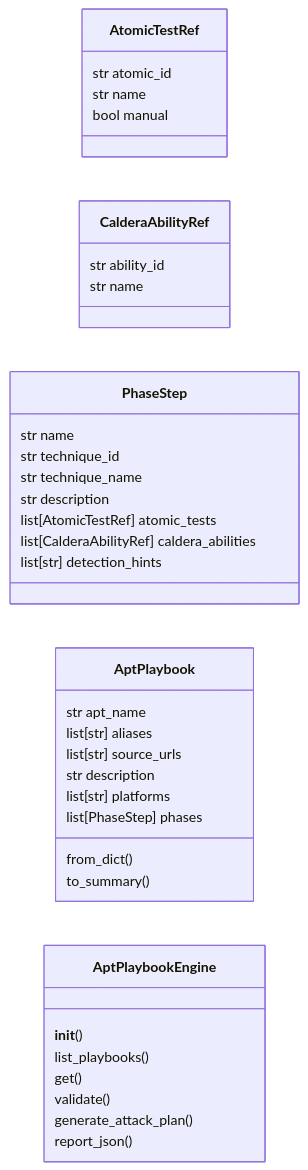
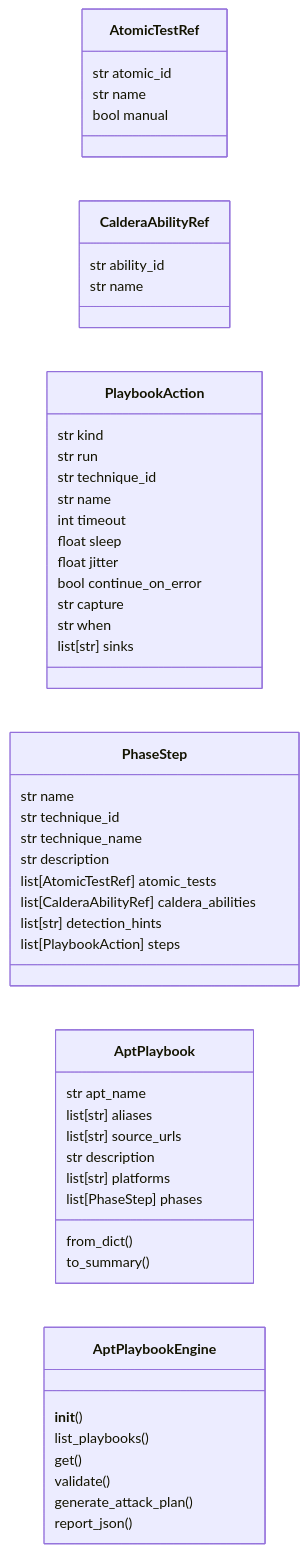
Before and after one commit to grisuno/LazyOwn: the first of 2 diagrams in readmenator-apidocs/modules/modules.apt_playbooks.py.md, drawn with Mermaid. The commit also changed other lines of this file and 496 other files, not shown here.

````diff
--- a/readmenator-apidocs/modules/modules.apt_playbooks.py.md
+++ b/readmenator-apidocs/modules/modules.apt_playbooks.py.md
@@ -35,35 +36,48 @@
 ```mermaid
 classDiagram
     direction LR
     class AtomicTestRef
     AtomicTestRef : str atomic_id
     AtomicTestRef : str name
     AtomicTestRef : bool manual
     class CalderaAbilityRef
     CalderaAbilityRef : str ability_id
     CalderaAbilityRef : str name
+    class PlaybookAction
+    PlaybookAction : str kind
+    PlaybookAction : str run
+    PlaybookAction : str technique_id
+    PlaybookAction : str name
+    PlaybookAction : int timeout
+    PlaybookAction : float sleep
+    PlaybookAction : float jitter
+    PlaybookAction : bool continue_on_error
+    PlaybookAction : str capture
+    PlaybookAction : str when
+    PlaybookAction : list[str] sinks
     class PhaseStep
     PhaseStep : str name
     PhaseStep : str technique_id
     PhaseStep : str technique_name
     PhaseStep : str description
     PhaseStep : list[AtomicTestRef] atomic_tests
     PhaseStep : list[CalderaAbilityRef] caldera_abilities
     PhaseStep : list[str] detection_hints
+    PhaseStep : list[PlaybookAction] steps
     class AptPlaybook
     AptPlaybook : str apt_name
     AptPlaybook : list[str] aliases
     AptPlaybook : list[str] source_urls
     AptPlaybook : str description
     AptPlaybook : list[str] platforms
     AptPlaybook : list[PhaseStep] phases
     AptPlaybook : from_dict()
     AptPlaybook : to_summary()
     class AptPlaybookEngine
     AptPlaybookEngine : __init__()
     AptPlaybookEngine : list_playbooks()
     AptPlaybookEngine : get()
     AptPlaybookEngine : validate()
     AptPlaybookEngine : generate_attack_plan()
     AptPlaybookEngine : report_json()
 ```
````
